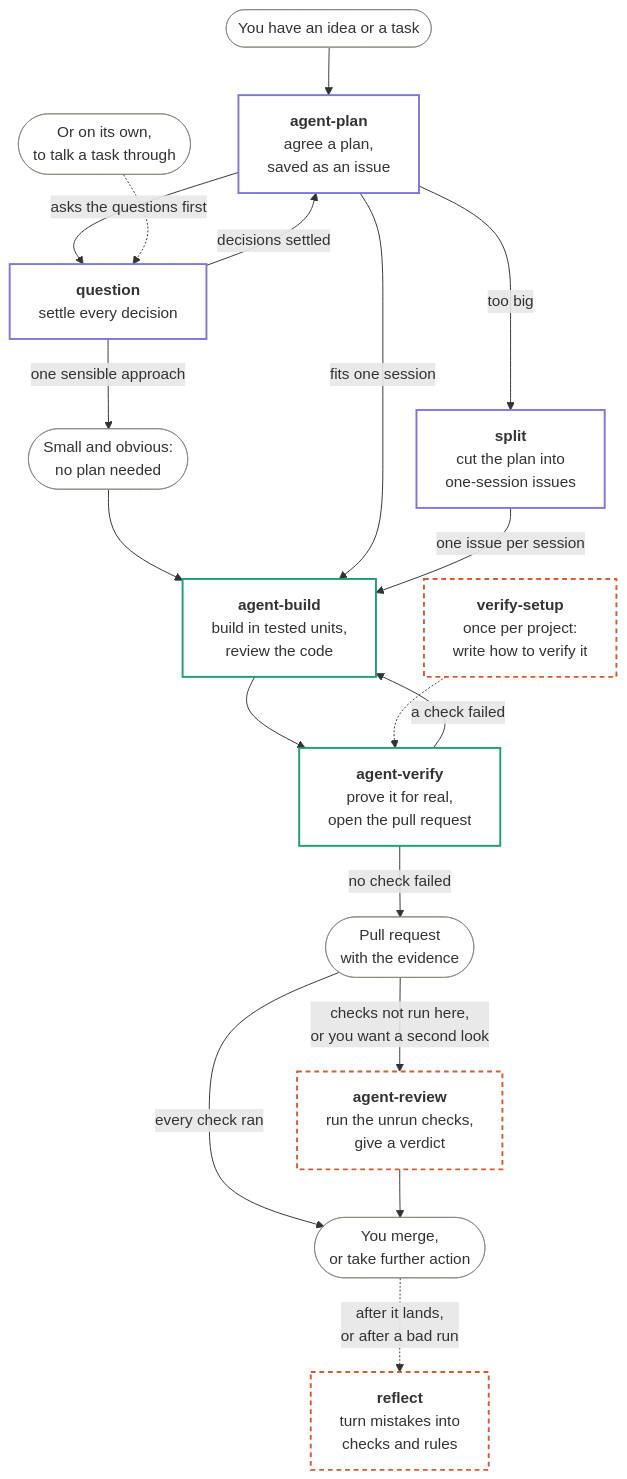
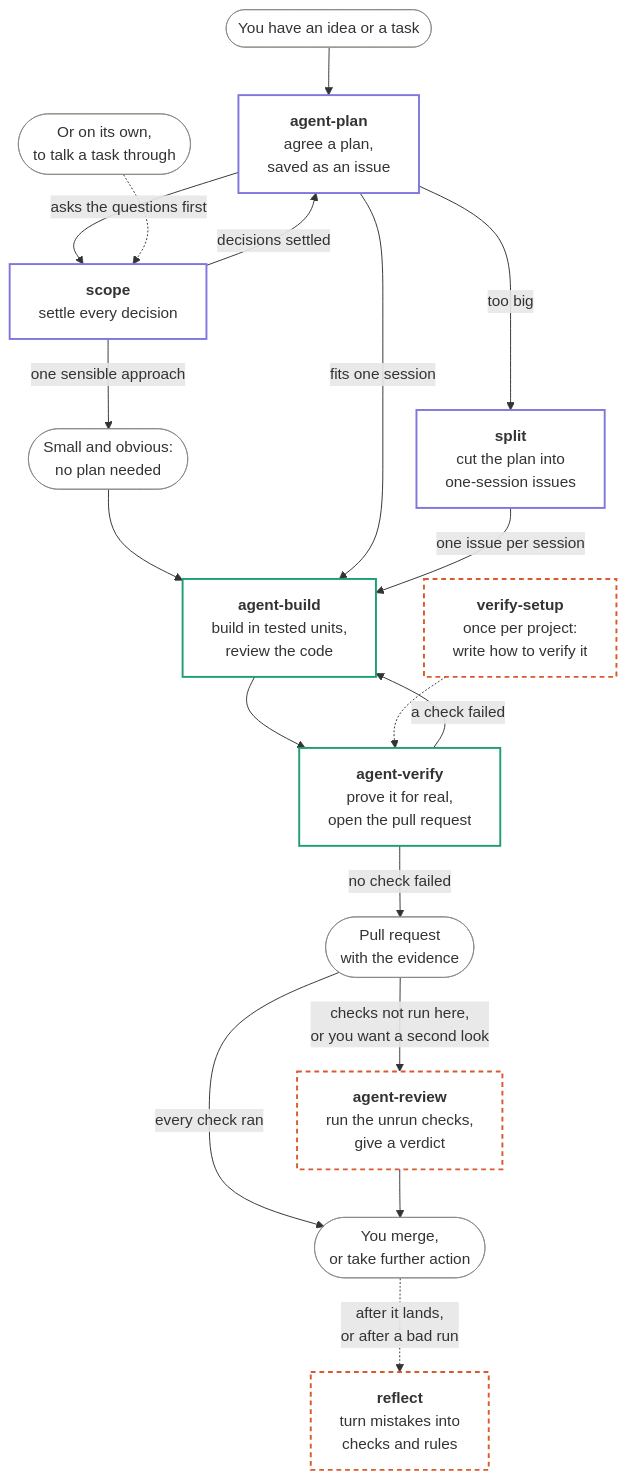
One commit to sirbastio/.dotfiles changed the diagram in .agents/skills/README.md. Above: the diagram before and after it, drawn with Mermaid. The commit also changed other lines of this file and 9 other files, not shown here.

First line of the commit message:
feat: rename question to scope, and leave when to ask to the written rules

````diff
--- a/.agents/skills/README.md
+++ b/.agents/skills/README.md
@@ -11,43 +11,43 @@
 ```mermaid
 flowchart TD
     idea([You have an idea or a task])
     plan["<b>agent-plan</b><br/>agree a plan,<br/>saved as an issue"]
-    question["<b>question</b><br/>settle every decision"]
+    scope["<b>scope</b><br/>settle every decision"]
     solo([Or on its own,<br/>to talk a task through])
     small([Small and obvious:<br/>no plan needed])
     split["<b>split</b><br/>cut the plan into<br/>one-session issues"]
     build["<b>agent-build</b><br/>build in tested units,<br/>review the code"]
     verify["<b>agent-verify</b><br/>prove it for real,<br/>open the pull request"]
     pr([Pull request<br/>with the evidence])
     review["<b>agent-review</b><br/>run the unrun checks,<br/>give a verdict"]
     merge([You merge,<br/>or take further action])
     setup["<b>verify-setup</b><br/>once per project:<br/>write how to verify it"]
     reflect["<b>reflect</b><br/>turn mistakes into<br/>checks and rules"]
 
     idea --> plan
-    plan -->|asks the questions first| question
-    question -->|decisions settled| plan
-    question -->|one sensible approach| small
-    solo -.-> question
+    plan -->|asks the questions first| scope
+    scope -->|decisions settled| plan
+    scope -->|one sensible approach| small
+    solo -.-> scope
     small --> build
     plan -->|fits one session| build
     plan -->|too big| split
     split -->|one issue per session| build
     build --> verify
     verify -->|a check failed| build
     verify -->|no check failed| pr
     pr -->|every check ran| merge
     pr -->|checks not run here,<br/>or you want a second look| review
     review --> merge
     setup -.-> verify
     merge -.->|after it lands,<br/>or after a bad run| reflect
 
     classDef you fill:none,stroke:#888780,stroke-width:1px
     classDef withYou fill:none,stroke:#7F77DD,stroke-width:2px
     classDef alone fill:none,stroke:#1D9E75,stroke-width:2px
     classDef sometimes fill:none,stroke:#D85A30,stroke-width:2px,stroke-dasharray:5 4
     class idea,solo,small,pr,merge you
-    class plan,question,split withYou
+    class plan,scope,split withYou
     class build,verify alone
     class review,setup,reflect sometimes
 ```
````
